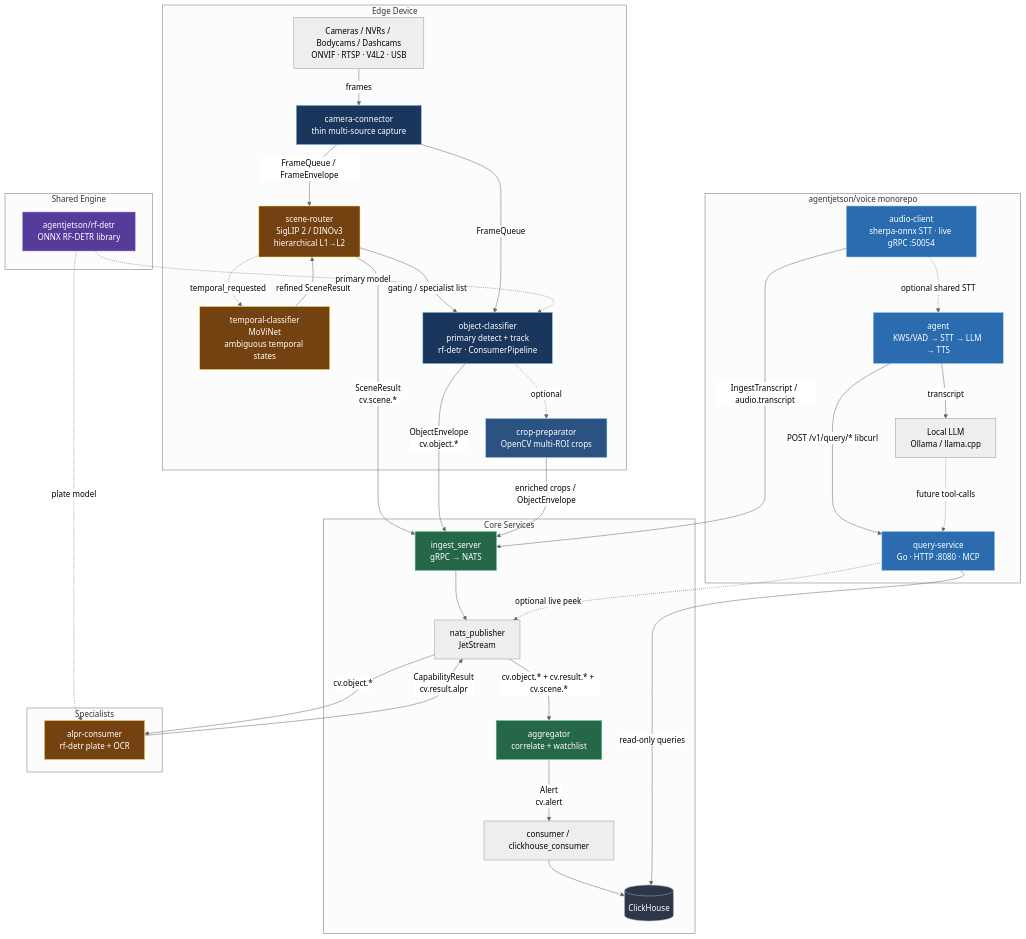
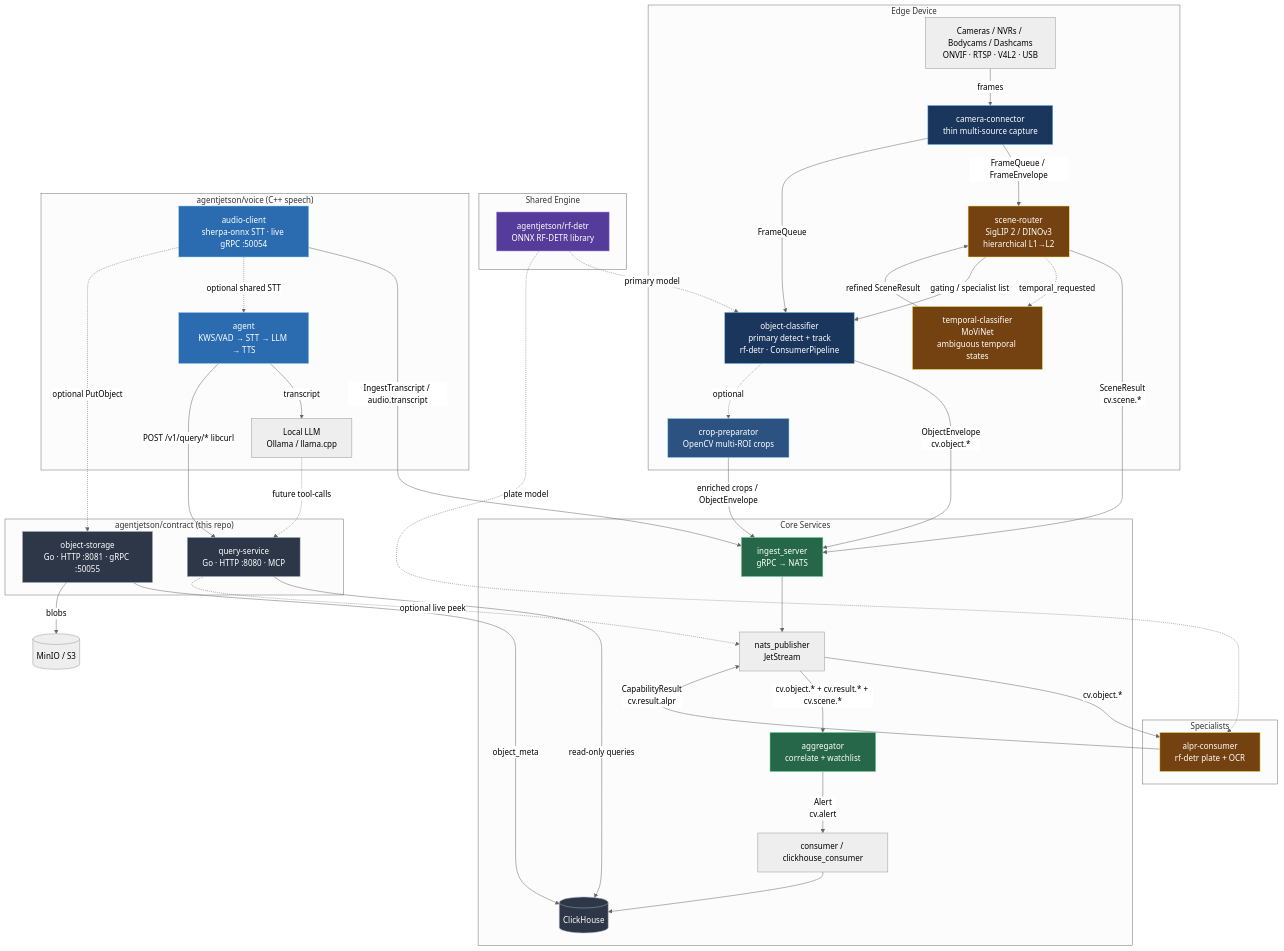
Before and after one commit to agentjetson/contract: the diagram in README.md, drawn with Mermaid (neutral theme). The commit also changed other lines of this file, not shown here.

Commit message:
update mermaid

````diff
--- a/README.md
+++ b/README.md
@@ -43,11 +43,15 @@
 RFD[agentjetson/rf-detr<br/>ONNX RF-DETR library]
 end
 
-subgraph Voice["agentjetson/voice monorepo"]
+subgraph Voice["agentjetson/voice (C++ speech)"]
 AC[audio-client<br/>sherpa-onnx STT · live gRPC :50054]
 VA[agent<br/>KWS/VAD → STT → LLM → TTS]
+LLM[Local LLM<br/>Ollama / llama.cpp]
+end
+
+subgraph Contract["agentjetson/contract (this repo)"]
 VQS[query-service<br/>Go · HTTP :8080 · MCP]
-LLM[Local LLM<br/>Ollama / llama.cpp]
+OBS[object-storage<br/>Go · HTTP :8081 · gRPC :50055]
 end
 
 CAM -->|frames| CC
@@ -73,11 +77,14 @@
 
 AC -->|IngestTranscript / audio.transcript| ING
 AC -.->|optional shared STT| VA
+AC -.->|optional PutObject| OBS
 VA -->|transcript| LLM
 VA -->|POST /v1/query/* libcurl| VQS
 LLM -.->|future tool-calls| VQS
 VQS -->|read-only queries| CH
 VQS -.->|optional live peek| NP
+OBS -->|object_meta| CH
+OBS -->|blobs| MinIO[(MinIO / S3)]
 
 style CC fill:#1a365d,stroke:#63b3ed,color:#fff
 style SR fill:#744210,stroke:#f6e05e,color:#fff
@@ -90,6 +97,7 @@
 style RFD fill:#553c9a,stroke:#b794f4,color:#fff
 style AC fill:#2b6cb0,stroke:#90cdf4,color:#fff
 style VA fill:#2b6cb0,stroke:#90cdf4,color:#fff
-style VQS fill:#2b6cb0,stroke:#90cdf4,color:#fff
+style VQS fill:#2d3748,stroke:#a0aec0,color:#fff
+style OBS fill:#2d3748,stroke:#a0aec0,color:#fff
 style CH fill:#2d3748,stroke:#a0aec0,color:#fff
 ```
````
